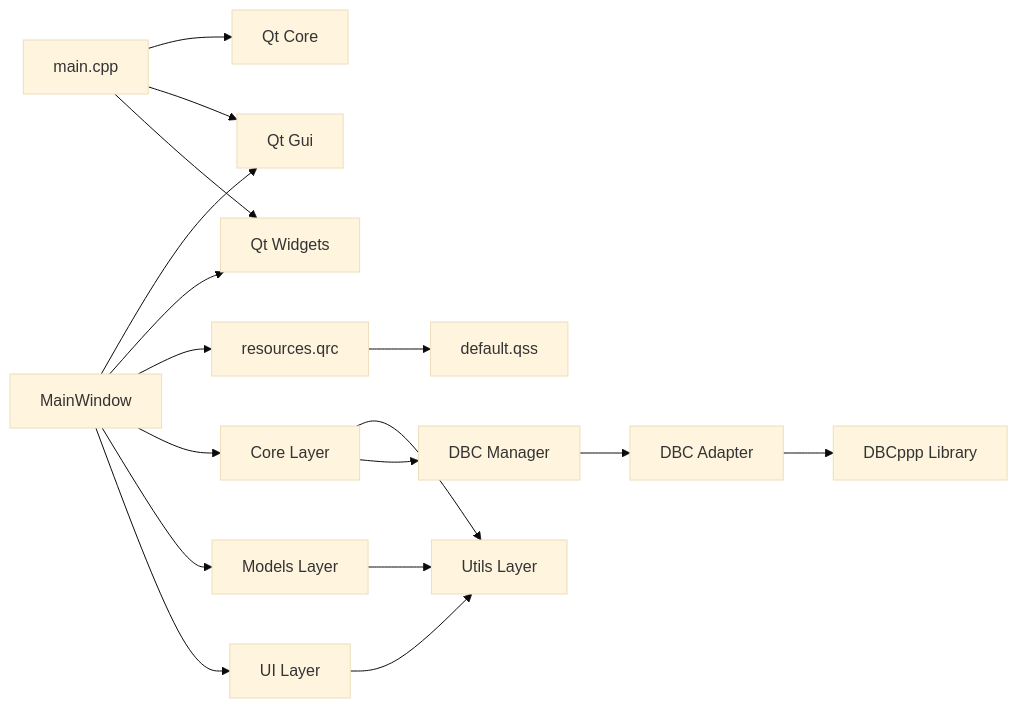
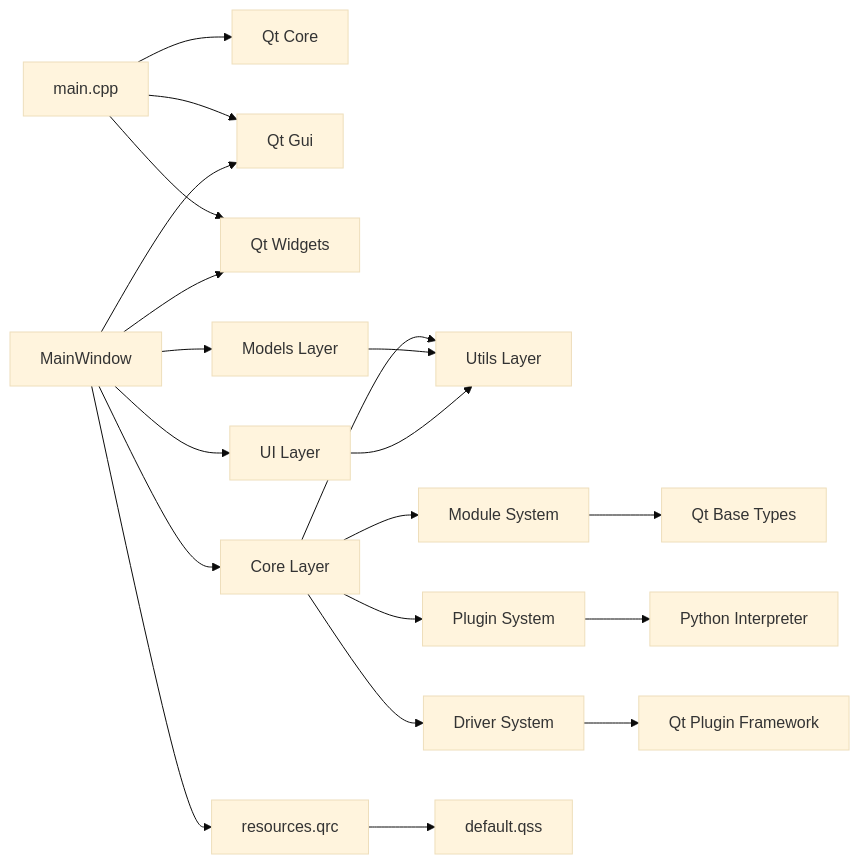
Before and after one commit to jakecai1225-design/OpenBus: diagram 11 of 11 in .qoder/repowiki/zh/content/架构设计/架构设计.md, drawn with Mermaid (base theme). The commit also changed other lines of this file and 177 other files, not shown here.

````diff
--- a/.qoder/repowiki/zh/content/架构设计/架构设计.md
+++ b/.qoder/repowiki/zh/content/架构设计/架构设计.md
@@ -448,19 +644,22 @@
 ```mermaid
 graph LR
 Main["main.cpp"] --> QtCore["Qt Core"]
 Main --> QtGui["Qt Gui"]
 Main --> QtWidgets["Qt Widgets"]
 Win["MainWindow"] --> QtGui
 Win --> QtWidgets
 Win --> QRC["resources.qrc"]
 Win --> Core["Core Layer"]
 Win --> Models["Models Layer"]
 Win --> UI["UI Layer"]
 Core --> Utils["Utils Layer"]
-Core --> DBCManager["DBC Manager"]
-DBCManager --> DBCAdapter["DBC Adapter"]
-DBCAdapter --> DBCppp["DBCppp Library"]
+Core --> ModuleSystem["Module System"]
+Core --> PluginSystem["Plugin System"]
+Core --> DriverSystem["Driver System"]
+ModuleSystem --> QtBase["Qt Base Types"]
+PluginSystem --> Python["Python Interpreter"]
+DriverSystem --> QtPlugin["Qt Plugin Framework"]
 Models --> Utils
 UI --> Utils
 QRC --> QSS["default.qss"]
 ```
````
